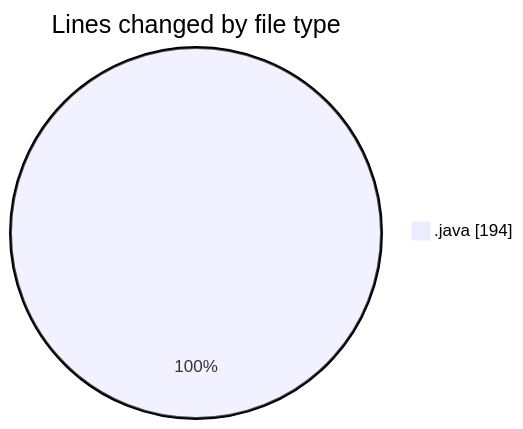
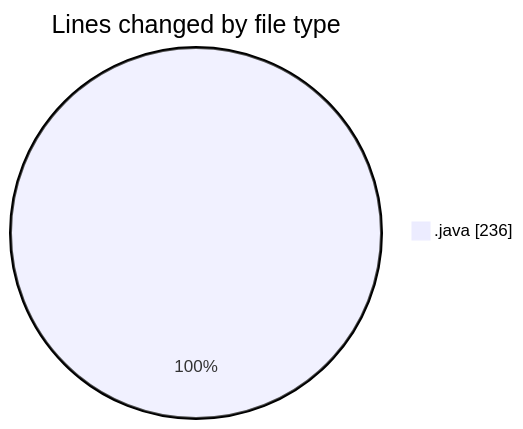
Before and after one commit to ricardozamudiocil/code-tracking: the first of 2 diagrams in 2026-03-02/cilapp/README.md, drawn with Mermaid. The commit also changed other lines of this file and 1 other file, not shown here.

````diff
--- a/2026-03-02/cilapp/README.md
+++ b/2026-03-02/cilapp/README.md
@@ -21,5 +21,5 @@
 ```mermaid
 pie showData
 title Lines changed by file type
-".java" : 194
+".java" : 236
 ```
````
